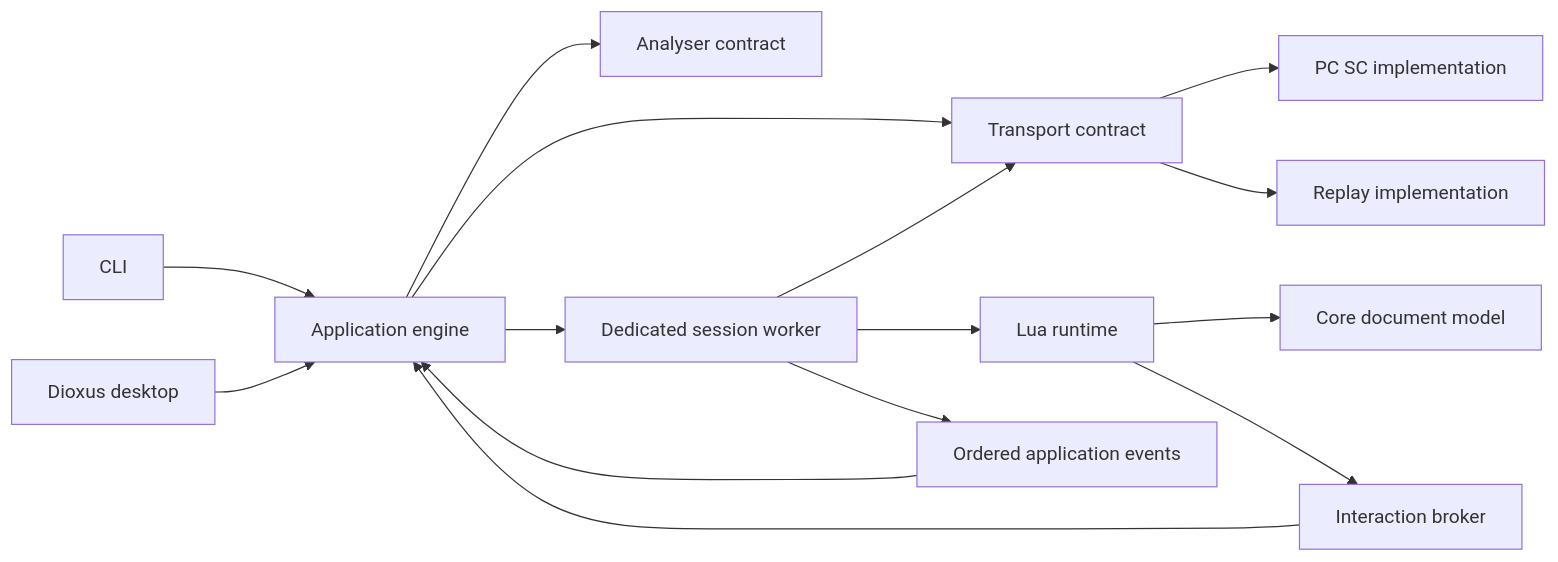
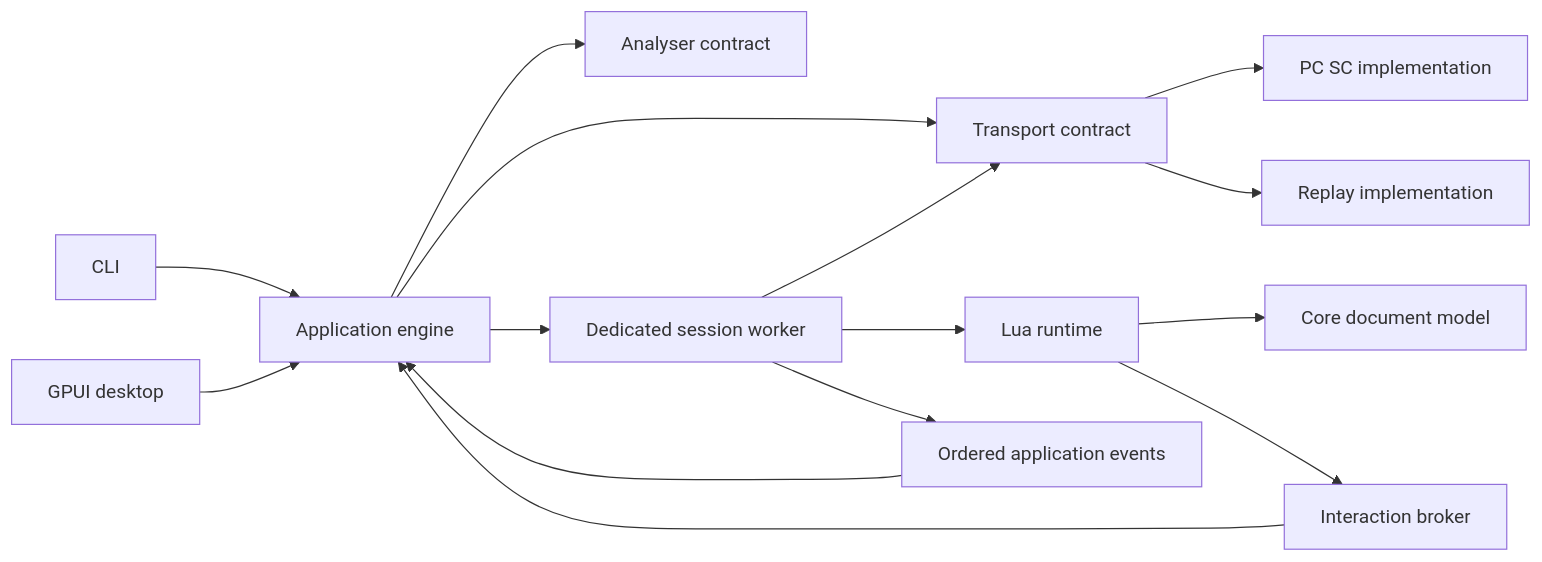
The diagram in docs/architecture/overview.md (xfoa/CardPeek-ng), drawn with Mermaid before and after one commit. The commit also changed other lines of this file and 118 other files, not shown here.

Commit message:
desktop: reimplement app in GPUI

````diff
--- a/docs/architecture/overview.md
+++ b/docs/architecture/overview.md
@@ -59,17 +59,17 @@
 ```mermaid
 flowchart LR
     CLI --> App[Application engine]
-    Desktop[Dioxus desktop] --> App
+    Desktop[GPUI desktop] --> App
     App --> Analyser[Analyser contract]
     App --> Transport[Transport contract]
     App --> Worker[Dedicated session worker]
     Worker --> Lua[Lua runtime]
     Worker --> Transport
     Transport --> PCSC[PC SC implementation]
     Transport --> Replay[Replay implementation]
     Lua --> Core[Core document model]
     Lua --> Broker[Interaction broker]
     Broker --> App
     Worker --> Events[Ordered application events]
     Events --> App
 ```
````
